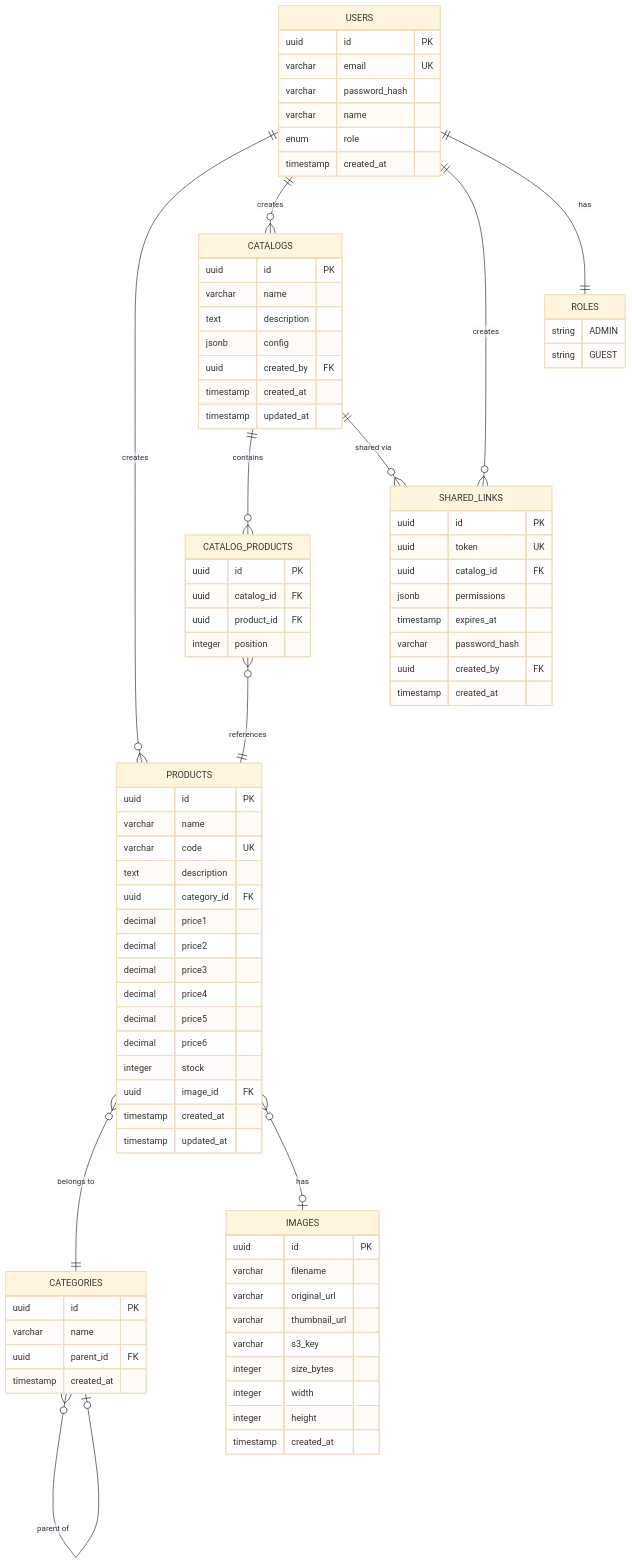
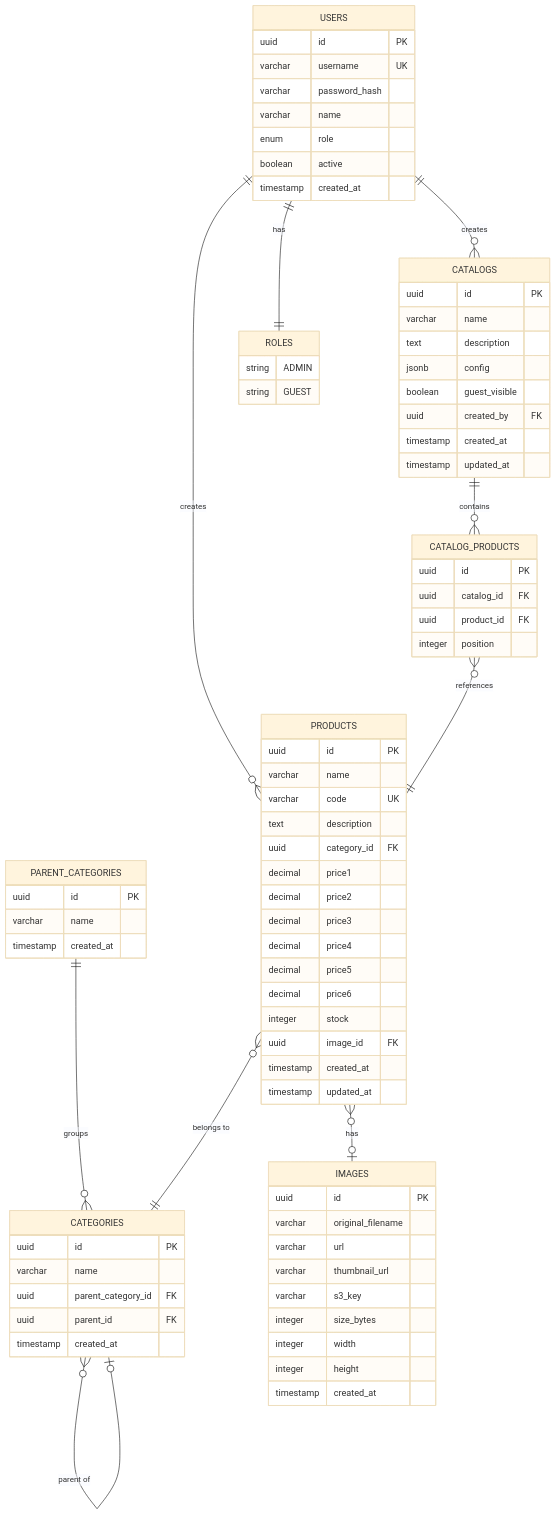
Before and after one commit to MarioEstu/sistem-aljaba: diagram 11 of 13 in docs/diagramas/DIAGRAMAS_UML.md, drawn with Mermaid (base theme). The commit also changed other lines of this file and 3 other files, not shown here.

````diff
--- a/docs/diagramas/DIAGRAMAS_UML.md
+++ b/docs/diagramas/DIAGRAMAS_UML.md
@@ -729,40 +721,47 @@
 erDiagram
     USERS ||--o{ PRODUCTS : creates
     USERS ||--o{ CATALOGS : creates
-    USERS ||--o{ SHARED_LINKS : creates
     USERS ||--|| ROLES : has
-    
+
+    PARENT_CATEGORIES ||--o{ CATEGORIES : groups
+
     PRODUCTS }o--|| CATEGORIES : "belongs to"
     PRODUCTS }o--o| IMAGES : "has"
-    
+
     CATEGORIES }o--o| CATEGORIES : "parent of"
-    
+
     CATALOGS ||--o{ CATALOG_PRODUCTS : contains
     CATALOG_PRODUCTS }o--|| PRODUCTS : references
-    
-    CATALOGS ||--o{ SHARED_LINKS : "shared via"
-    
+
     USERS {
         uuid id PK
-        varchar email UK
+        varchar username UK
         varchar password_hash
         varchar name
         enum role
+        boolean active
         timestamp created_at
     }
-    
+
     ROLES {
         string ADMIN
         string GUEST
     }
-    
+
+    PARENT_CATEGORIES {
+        uuid id PK
+        varchar name
+        timestamp created_at
+    }
+
     CATEGORIES {
         uuid id PK
         varchar name
+        uuid parent_category_id FK
         uuid parent_id FK
         timestamp created_at
     }
-    
+
     PRODUCTS {
         uuid id PK
         varchar name
@@ -780,11 +779,11 @@
         timestamp created_at
         timestamp updated_at
     }
-    
+
     IMAGES {
         uuid id PK
-        varchar filename
-        varchar original_url
+        varchar original_filename
+        varchar url
         varchar thumbnail_url
         varchar s3_key
         integer size_bytes
@@ -792,32 +791,22 @@
         integer height
         timestamp created_at
     }
-    
+
     CATALOGS {
         uuid id PK
         varchar name
         text description
         jsonb config
+        boolean guest_visible
         uuid created_by FK
         timestamp created_at
         timestamp updated_at
     }
-    
+
     CATALOG_PRODUCTS {
         uuid id PK
         uuid catalog_id FK
         uuid product_id FK
         integer position
     }
-    
-    SHARED_LINKS {
-        uuid id PK
-        uuid token UK
-        uuid catalog_id FK
-        jsonb permissions
-        timestamp expires_at
-        varchar password_hash
-        uuid created_by FK
-        timestamp created_at
-    }
 ```
````
